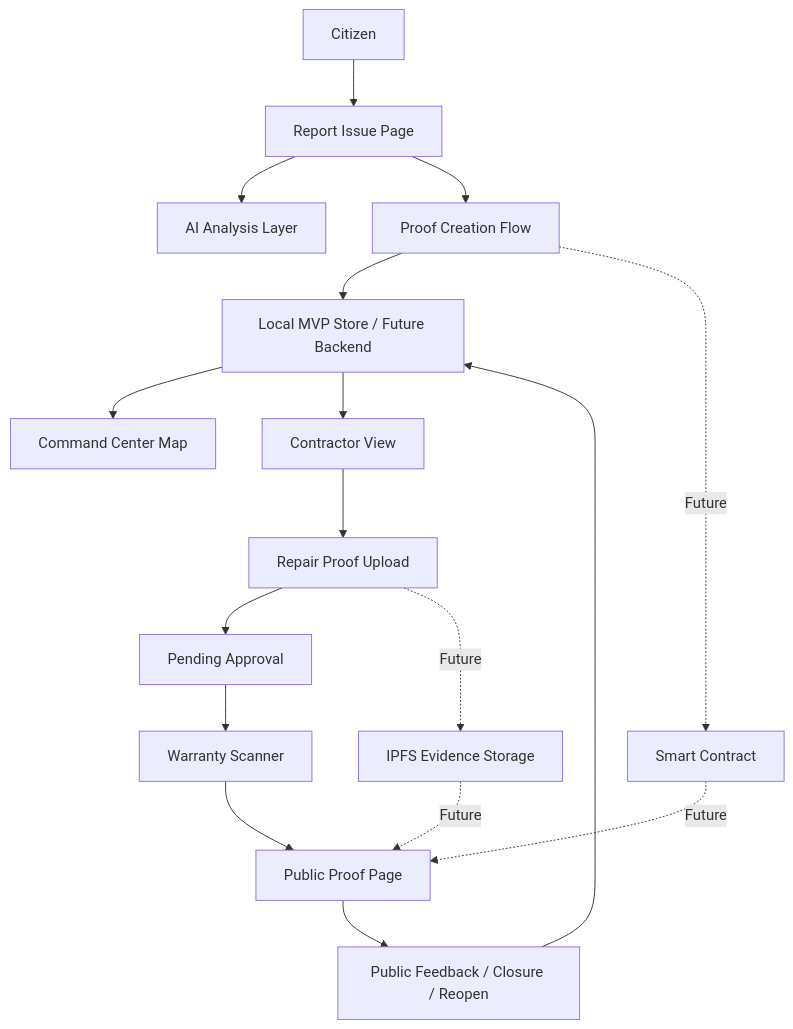
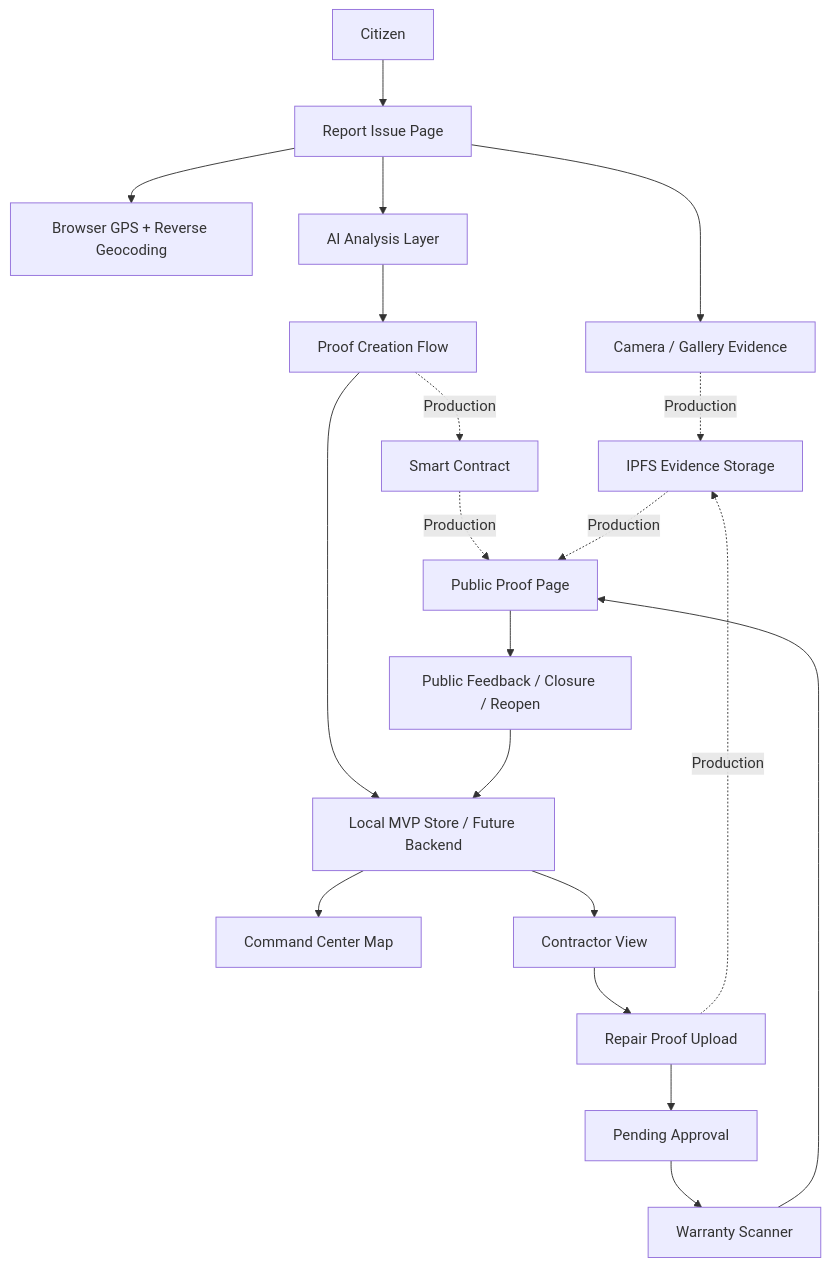
Before and after one commit to virajkvk18/CityPramaan: the second of 2 diagrams in README.md, drawn with Mermaid. The commit also changed other lines of this file, not shown here.

````diff
--- a/README.md
+++ b/README.md
@@ -276,20 +290,23 @@
 ```mermaid
 graph TD
     Citizen["Citizen"] --> Report["Report Issue Page"]
+    Report --> GPS["Browser GPS + Reverse Geocoding"]
+    Report --> Camera["Camera / Gallery Evidence"]
     Report --> AI["AI Analysis Layer"]
-    Report --> Proof["Proof Creation Flow"]
+    AI --> Proof["Proof Creation Flow"]
     Proof --> Store["Local MVP Store / Future Backend"]
     Store --> Command["Command Center Map"]
     Store --> Contractor["Contractor View"]
     Contractor --> Repair["Repair Proof Upload"]
     Repair --> Pending["Pending Approval"]
     Pending --> Warranty["Warranty Scanner"]
     Warranty --> Public["Public Proof Page"]
     Public --> Feedback["Public Feedback / Closure / Reopen"]
     Feedback --> Store
 
-    Proof -. "Future" .-> Chain["Smart Contract"]
-    Repair -. "Future" .-> IPFS["IPFS Evidence Storage"]
-    Chain -. "Future" .-> Public
-    IPFS -. "Future" .-> Public
+    Proof -. "Production" .-> Chain["Smart Contract"]
+    Camera -. "Production" .-> IPFS["IPFS Evidence Storage"]
+    Repair -. "Production" .-> IPFS
+    Chain -. "Production" .-> Public
+    IPFS -. "Production" .-> Public
 ```
````
